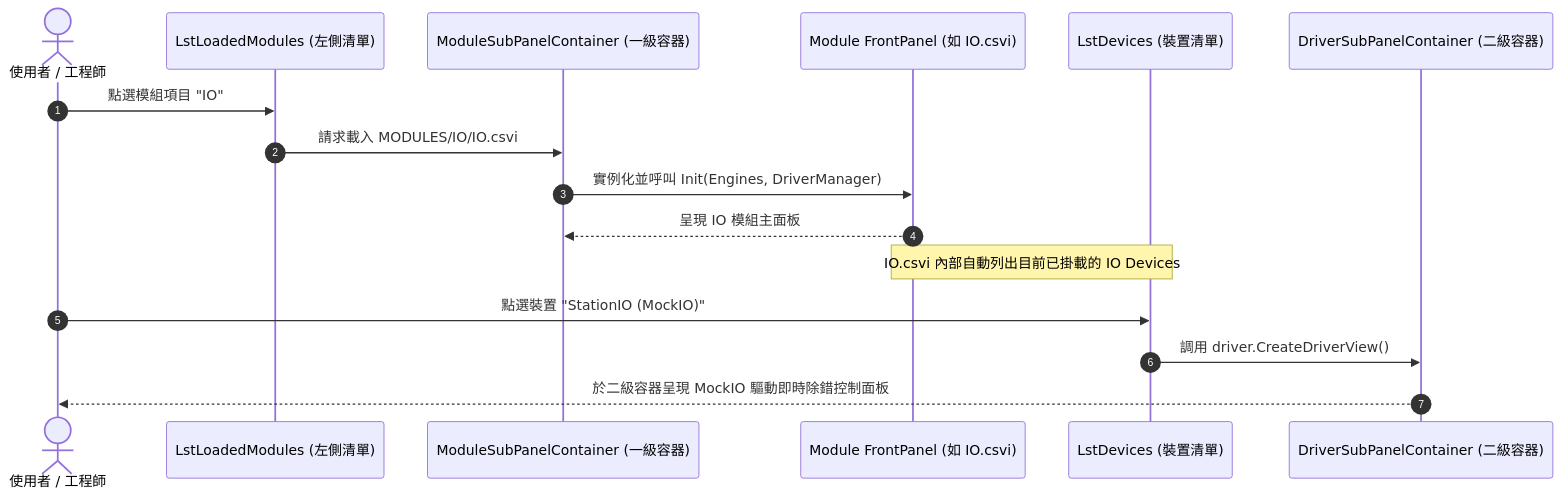
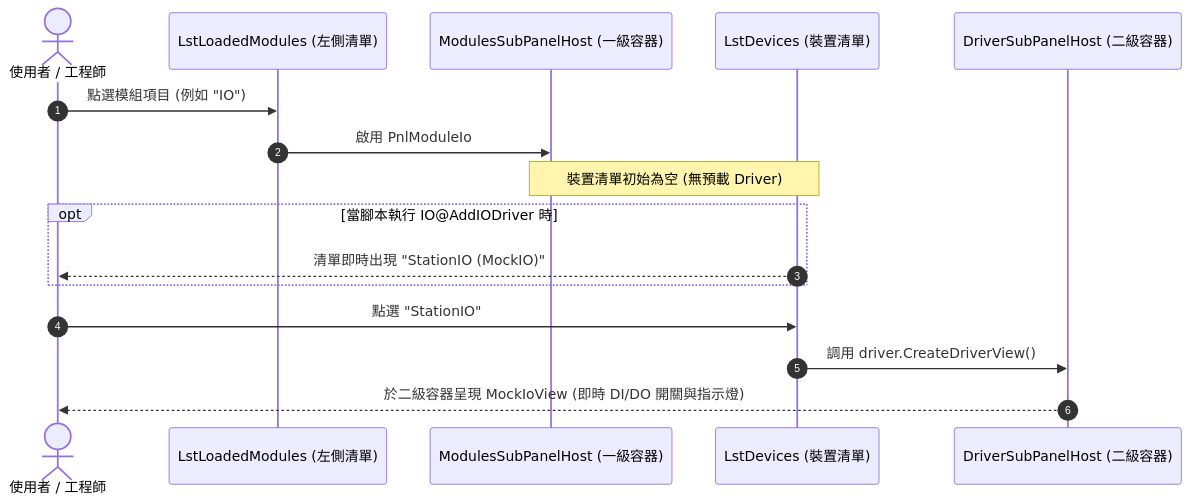
The diagram in docs/dev-guide/12_UNIFIED_MODULES_INFO_SPEC.md (arco651749/ARCOSharp), drawn with Mermaid before and after one commit. The commit also changed other lines of this file and 1 other file, not shown here.

Commit message:
docs: update dev-guide spec for pure UserPanel subpanel, capture ergonomics, on-demand driver loading, and embedded CSVI Studio MCP tab

````diff
--- a/docs/dev-guide/12_UNIFIED_MODULES_INFO_SPEC.md
+++ b/docs/dev-guide/12_UNIFIED_MODULES_INFO_SPEC.md
@@ -128,20 +118,21 @@
 ```mermaid
 sequenceDiagram
     autonumber
     actor User as 使用者 / 工程師
     participant List as LstLoadedModules (左側清單)
-    participant Tier1 as ModuleSubPanelContainer (一級容器)
-    participant ModView as Module FrontPanel (如 IO.csvi)
+    participant Tier1 as ModulesSubPanelHost (一級容器)
     participant DevList as LstDevices (裝置清單)
-    participant Tier2 as DriverSubPanelContainer (二級容器)
+    participant Tier2 as DriverSubPanelHost (二級容器)
 
-    User->>List: 點選模組項目 "IO"
-    List->>Tier1: 請求載入 MODULES/IO/IO.csvi
-    Tier1->>ModView: 實例化並呼叫 Init(Engines, DriverManager)
-    ModView-->>Tier1: 呈現 IO 模組主面板
+    User->>List: 點選模組項目 (例如 "IO")
+    List->>Tier1: 啟用 PnlModuleIo
+    Note over Tier1,DevList: 裝置清單初始為空 (無預載 Driver)
     
-    Note over ModView,DevList: IO.csvi 內部自動列出目前已掛載的 IO Devices
-    User->>DevList: 點選裝置 "StationIO (MockIO)"
+    opt 當腳本執行 IO@AddIODriver 時
+        DevList-->>User: 清單即時出現 "StationIO (MockIO)"
+    end
+
+    User->>DevList: 點選 "StationIO"
     DevList->>Tier2: 調用 driver.CreateDriverView()
-    Tier2-->>User: 於二級容器呈現 MockIO 驅動即時除錯控制面板
+    Tier2-->>User: 於二級容器呈現 MockIoView (即時 DI/DO 開關與指示燈)
 ```
````
